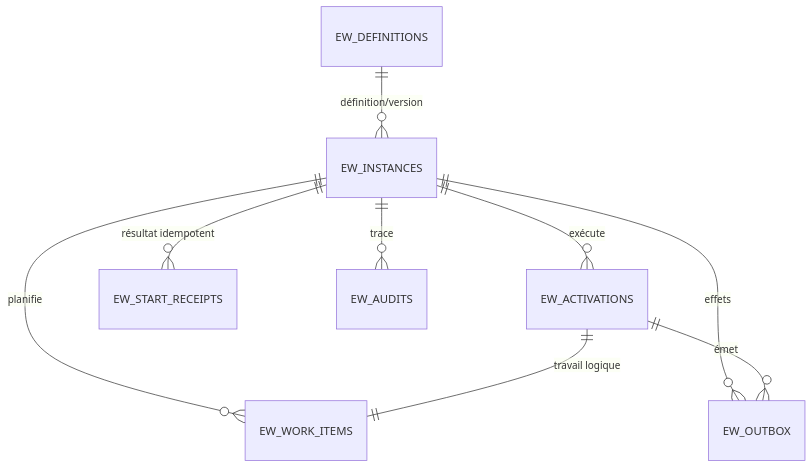
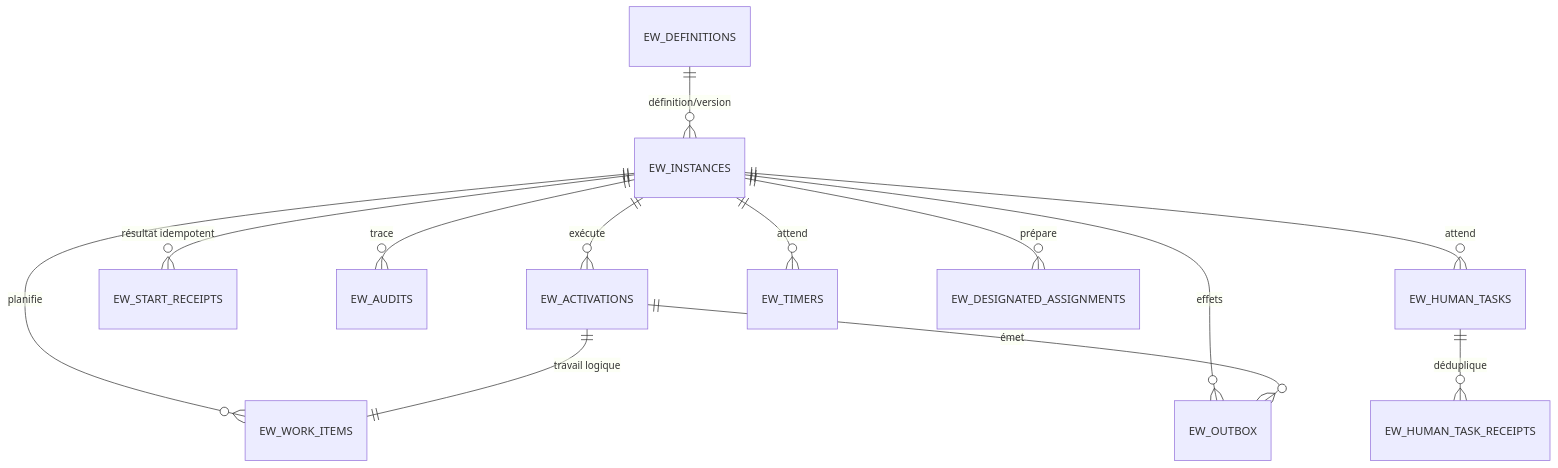
Before and after one commit to mbo2olivier/enterprise-workflow: the diagram in docs/architecture/oracle-schema.md, drawn with Mermaid. The commit also changed other lines of this file and 56 other files, not shown here.

Commit message:
[lot 6] humanTask and timer nodes

````diff
--- a/docs/architecture/oracle-schema.md
+++ b/docs/architecture/oracle-schema.md
@@ -9,11 +9,15 @@
 ```mermaid
 erDiagram
     EW_DEFINITIONS ||--o{ EW_INSTANCES : "définition/version"
     EW_INSTANCES ||--o{ EW_ACTIVATIONS : "exécute"
     EW_INSTANCES ||--o{ EW_WORK_ITEMS : "planifie"
     EW_ACTIVATIONS ||--|| EW_WORK_ITEMS : "travail logique"
     EW_INSTANCES ||--o{ EW_START_RECEIPTS : "résultat idempotent"
     EW_INSTANCES ||--o{ EW_AUDITS : "trace"
     EW_INSTANCES ||--o{ EW_OUTBOX : "effets"
     EW_ACTIVATIONS ||--o{ EW_OUTBOX : "émet"
+    EW_INSTANCES ||--o{ EW_HUMAN_TASKS : "attend"
+    EW_HUMAN_TASKS ||--o{ EW_HUMAN_TASK_RECEIPTS : "déduplique"
+    EW_INSTANCES ||--o{ EW_TIMERS : "attend"
+    EW_INSTANCES ||--o{ EW_DESIGNATED_ASSIGNMENTS : "prépare"
 ```
````
